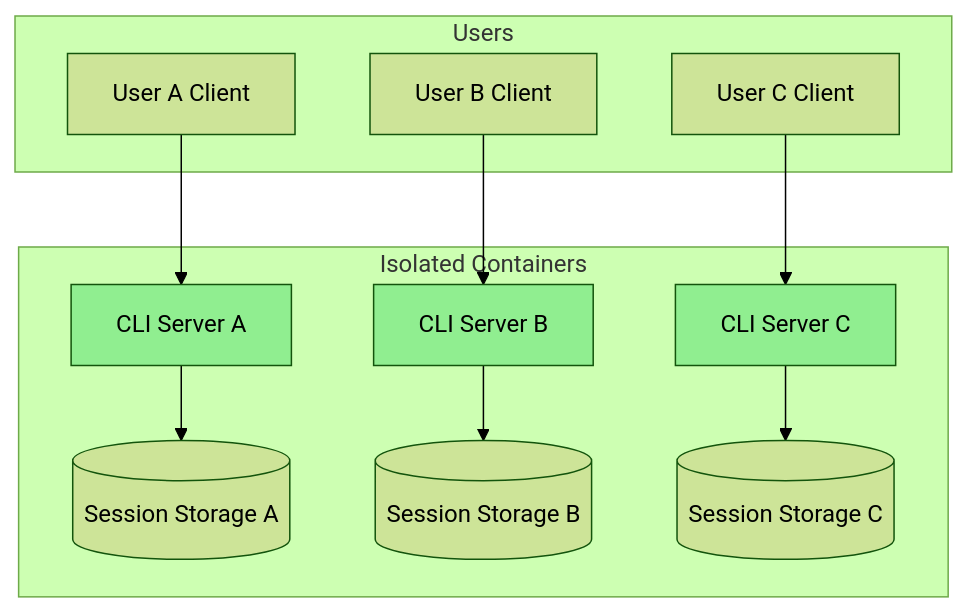
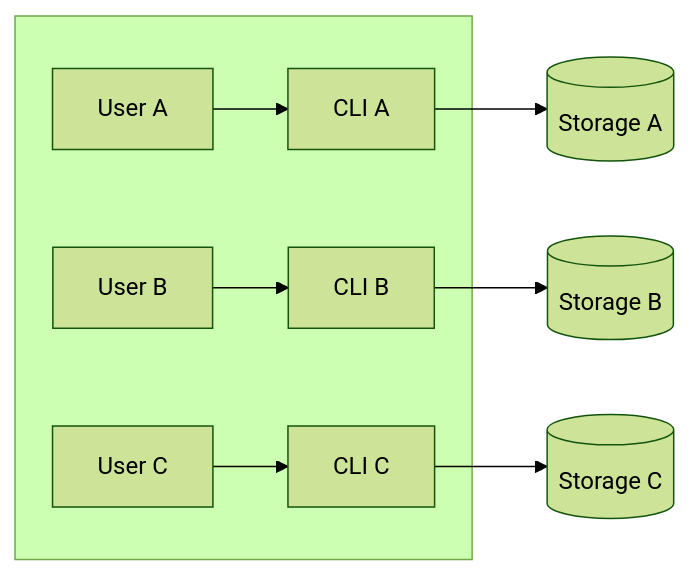
One commit to javiormeow/copilot-sdk changed the fourth of 6 diagrams in docs/guides/session-persistence.md. Above: the diagram before and after it, drawn with Mermaid (forest theme). The commit also changed other lines of this file, not shown here.

First line of the commit message:
Improve Mermaid diagrams: horizontal layout, cleaner colors

````diff
--- a/docs/guides/session-persistence.md
+++ b/docs/guides/session-persistence.md
@@ -363,22 +327,11 @@
 ```mermaid
-flowchart TB
-    subgraph Users
-        UA[User A Client]
-        UB[User B Client]
-        UC[User C Client]
+flowchart LR
+    subgraph Users[" "]
+        UA[User A] --> CA[CLI A]
+        UB[User B] --> CB[CLI B]
+        UC[User C] --> CC[CLI C]
     end
-    
-    subgraph Isolated["Isolated Containers"]
-        UA --> CA[CLI Server A]
-        UB --> CB[CLI Server B]
-        UC --> CC[CLI Server C]
-        
-        CA --> SA[(Session Storage A)]
-        CB --> SB[(Session Storage B)]
-        CC --> SC[(Session Storage C)]
-    end
-    
-    style CA fill:#90EE90
-    style CB fill:#90EE90
-    style CC fill:#90EE90
+    CA --> SA[(Storage A)]
+    CB --> SB[(Storage B)]
+    CC --> SC[(Storage C)]
 ```
````
